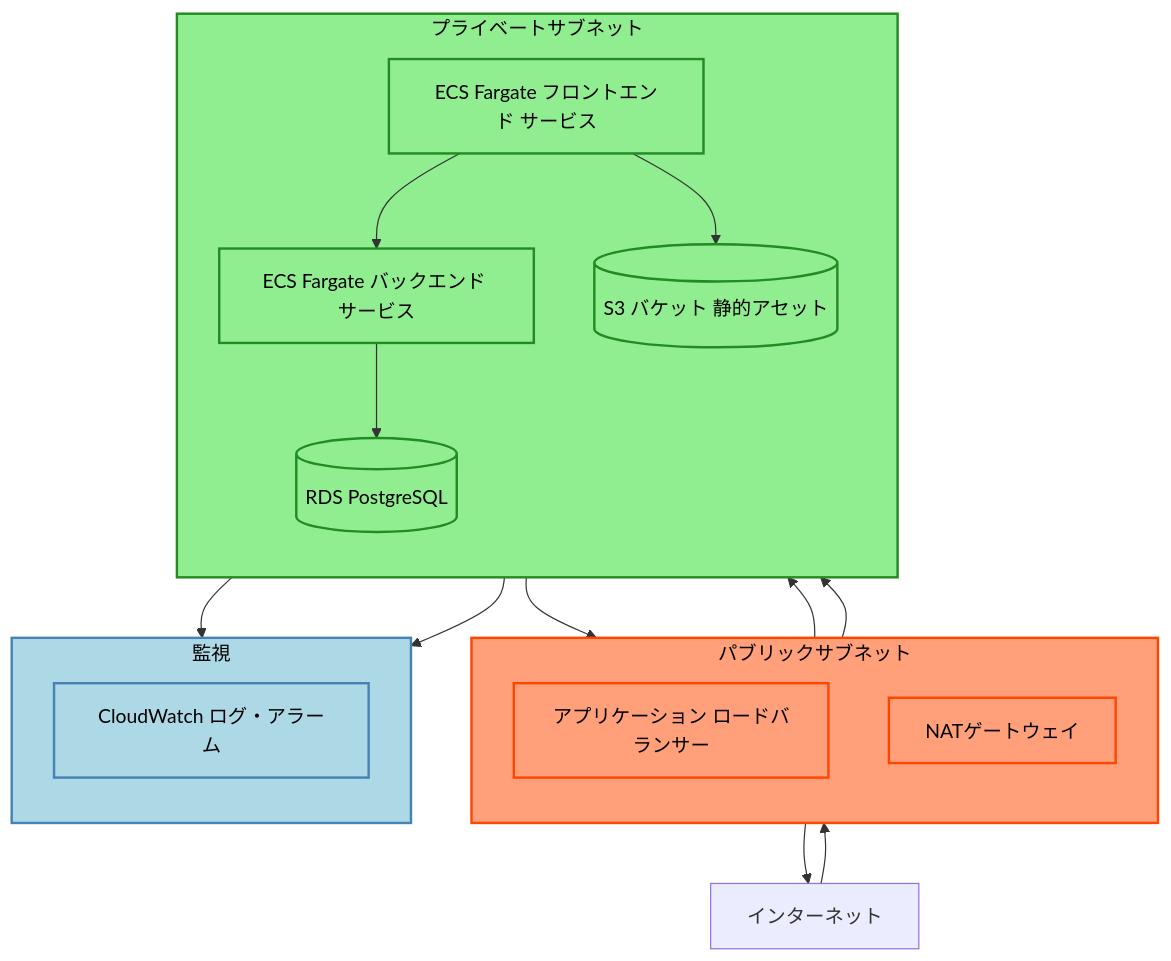
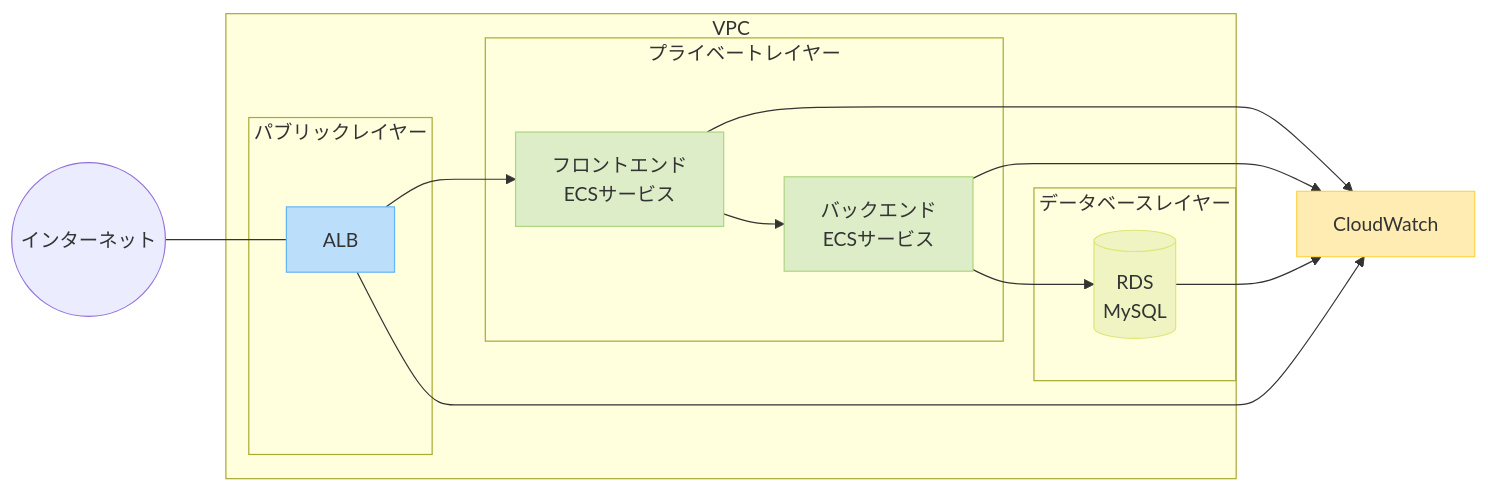
The first of 2 diagrams in .aws/README.md (taka-123/laravel_nuxt_postgre_template), drawn with Mermaid before and after one commit. The commit also changed other lines of this file and 3 other files, not shown here.

````diff
--- a/.aws/README.md
+++ b/.aws/README.md
@@ -65,46 +34,44 @@
 ```mermaid
-graph TD
-    %% 高コントラストの配色を使用
-    classDef publicZone fill:#FFA07A,stroke:#FF4500,color:#000,stroke-width:2px;
-    classDef privateZone fill:#90EE90,stroke:#228B22,color:#000,stroke-width:2px;
-    classDef monitoring fill:#ADD8E6,stroke:#4682B4,color:#000,stroke-width:2px;
+graph LR
+    %% クラス定義
+    classDef vpc fill:#e1f5fe,stroke:#4fc3f7,color:#333
+    classDef public fill:#bbdefb,stroke:#64b5f6,color:#333
+    classDef private fill:#dcedc8,stroke:#aed581,color:#333
+    classDef database fill:#f0f4c3,stroke:#dce775,color:#333
+    classDef logs fill:#ffecb3,stroke:#ffd54f,color:#333
 
-    %% 縦方向の流れを強調したレイアウト
-    Internet[インターネット]
-    Internet --> ALB[アプリケーション ロードバランサー]
+    %% ノード定義
+    Internet((インターネット))
+    CW[CloudWatch]:::logs
 
-    subgraph PublicSubnets[パブリックサブネット]
-        direction TB
-        ALB
-        NAT[NATゲートウェイ]
+    %% VPCとサブネット
+    subgraph VPC["VPC"]
+        %% パブリックレイヤー
+        subgraph Public["パブリックレイヤー"]
+            ALB[ALB]:::public
+        end
+
+        %% プライベートレイヤー（アプリケーション）
+        subgraph Private["プライベートレイヤー"]
+            FrontendService[フロントエンド<br>ECSサービス]:::private
+            BackendService[バックエンド<br>ECSサービス]:::private
+        end
+
+        %% データベースレイヤー
+        subgraph Database["データベースレイヤー"]
+            RDS[(RDS<br>MySQL)]:::database
+        end
     end
 
-    ALB --> Frontend
-    ALB --> Backend
+    %% 接続関係の定義
+    Internet --- ALB
+    ALB --> FrontendService
+    FrontendService --> BackendService
+    BackendService --> RDS
 
-    subgraph PrivateSubnets[プライベートサブネット]
-        direction TB
-        Frontend[ECS Fargate フロントエンド サービス]
-        Backend[ECS Fargate バックエンド サービス]
-
-        Frontend --> Backend
-        Backend --> RDS[(RDS PostgreSQL)]
-        Frontend --> S3[(S3 バケット 静的アセット)]
-    end
-
-    PrivateSubnets --> NAT
-    NAT --> Internet
-
-    subgraph Monitoring[監視]
-        direction TB
-        CW[CloudWatch ログ・アラーム]
-    end
-
-    Backend --> CW
-    Frontend --> CW
-
-    %% クラス適用
-    class PublicSubnets,ALB,NAT publicZone;
-    class PrivateSubnets,Frontend,Backend,RDS,S3 privateZone;
-    class Monitoring,CW monitoring;
+    %% ログ収集
+    FrontendService --> CW
+    BackendService --> CW
+    RDS --> CW
+    ALB --> CW
 ```
````
